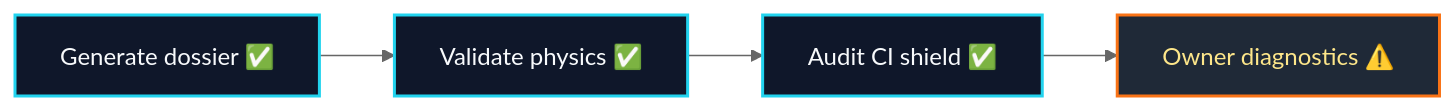
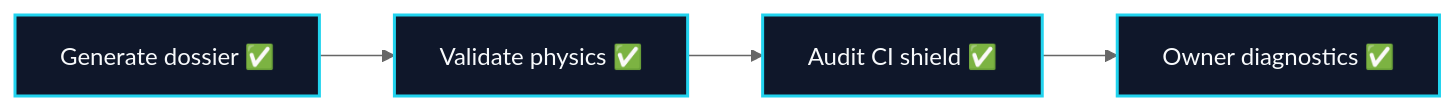
One commit to MontrealAI/AGIJobsv0 changed the diagram in demo/alpha-meta/reports/alpha-meta-full-run.md. Above: the diagram before and after it, drawn with Mermaid (neutral theme). The commit also changed other lines of this file and 21 other files, not shown here.

````diff
--- a/demo/alpha-meta/reports/alpha-meta-full-run.md
+++ b/demo/alpha-meta/reports/alpha-meta-full-run.md
@@ -5,14 +5,14 @@
 ```mermaid
 graph LR
   A[Generate dossier ✅]:::success
   B[Validate physics ✅]:::success
   C[Audit CI shield ✅]:::success
-  D[Owner diagnostics ⚠️]:::warning
+  D[Owner diagnostics ✅]:::success
   A --> B
   B --> C
   C --> D
   classDef success fill:#0f172a,stroke:#22d3ee,stroke-width:2px,color:#f8fafc;
   classDef warning fill:#1f2937,stroke:#f97316,stroke-width:2px,color:#fde68a;
   classDef error fill:#450a0a,stroke:#ef4444,stroke-width:2px,color:#fee2e2;
   classDef neutral fill:#111827,stroke:#64748b,stroke-width:2px,color:#cbd5f5;
 ```
````
